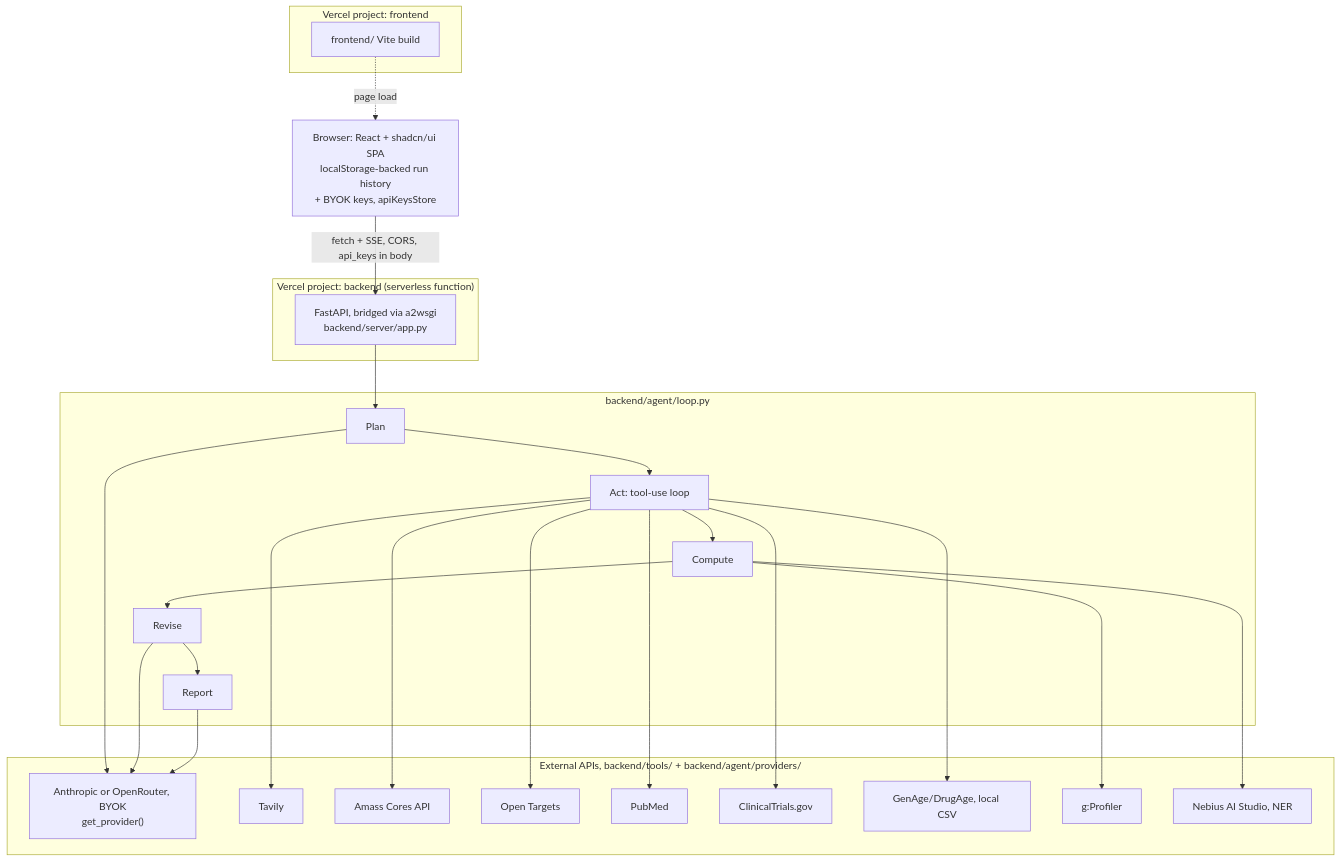
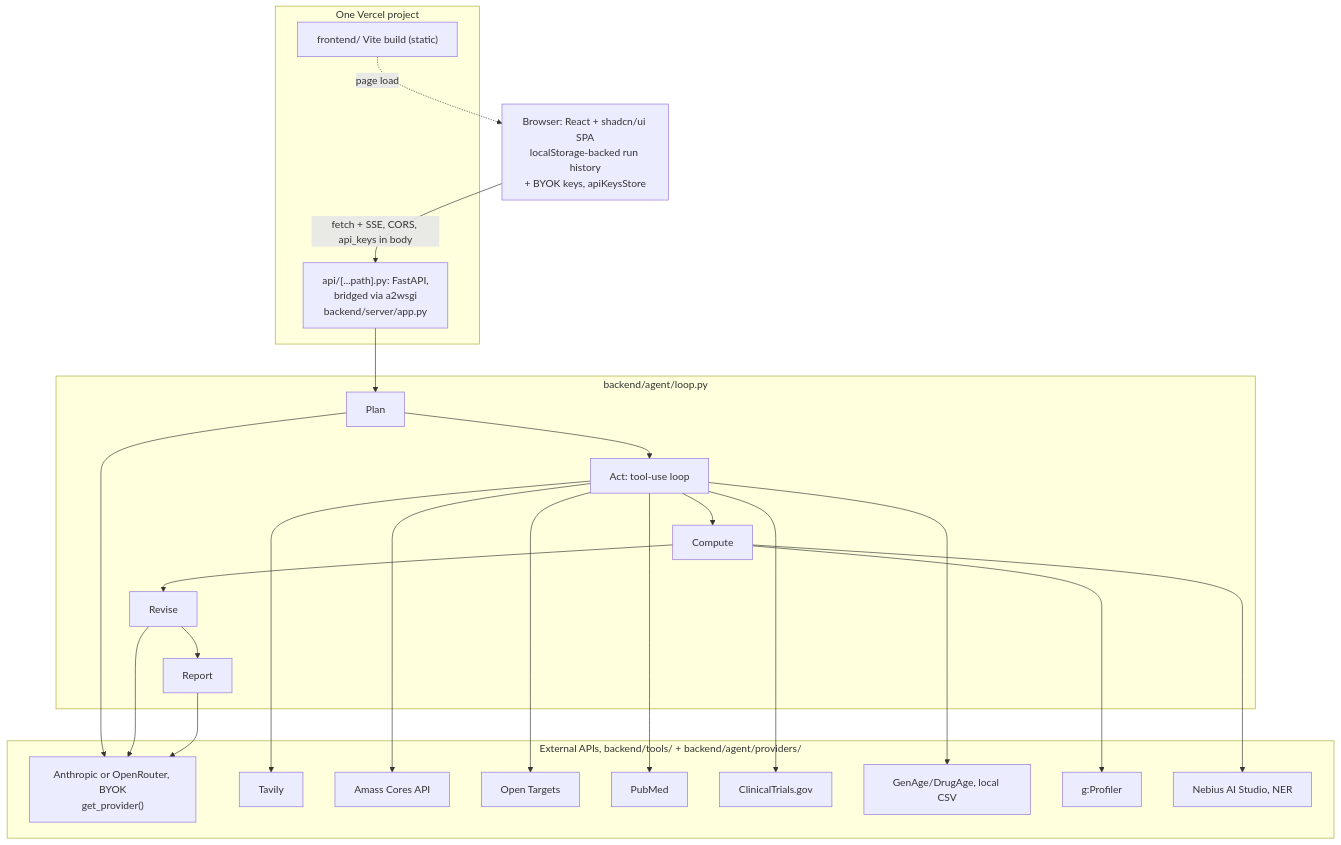
One commit to LeoEckert/Hypothetically_Speaking changed the diagram in docs/ARCHITECTURE.md. Above: the diagram before and after it, drawn with Mermaid. The commit also changed other lines of this file and 6 other files, not shown here.

First line of the commit message:
Update docs and stale comments for the single-Vercel-project merge

````diff
--- a/docs/ARCHITECTURE.md
+++ b/docs/ARCHITECTURE.md
@@ -26,46 +27,43 @@
 ```mermaid
 flowchart TB
     UI["Browser: React + shadcn/ui SPA<br/>localStorage-backed run history<br/>+ BYOK keys, apiKeysStore"]
 
-    subgraph VercelFE["Vercel project: frontend"]
-        FE["frontend/ Vite build"]
-    end
-
-    subgraph VercelBE["Vercel project: backend (serverless function)"]
-        API["FastAPI, bridged via a2wsgi<br/>backend/server/app.py"]
+    subgraph Vercel["One Vercel project"]
+        FE["frontend/ Vite build (static)"]
+        API["api/[...path].py: FastAPI,<br/>bridged via a2wsgi<br/>backend/server/app.py"]
     end
 
     subgraph Loop["backend/agent/loop.py"]
         Plan --> Act["Act: tool-use loop"]
         Act --> Compute
         Compute --> Revise
         Revise --> Report
     end
 
     subgraph Ext["External APIs, backend/tools/ + backend/agent/providers/"]
         LLM["Anthropic or OpenRouter, BYOK<br/>get_provider()"]
         Tavily
         Amass["Amass Cores API"]
         OpenTargets["Open Targets"]
         PubMed
         CT["ClinicalTrials.gov"]
         GenAge["GenAge/DrugAge, local CSV"]
         GProfiler["g:Profiler"]
         NebiusAI["Nebius AI Studio, NER"]
     end
 
     FE -.->|"page load"| UI
     UI -->|"fetch + SSE, CORS, api_keys in body"| API
     API --> Plan
     Act --> Tavily
     Act --> Amass
     Act --> OpenTargets
     Act --> PubMed
     Act --> CT
     Act --> GenAge
     Compute --> NebiusAI
     Compute --> GProfiler
     Plan --> LLM
     Revise --> LLM
     Report --> LLM
 ```
````
